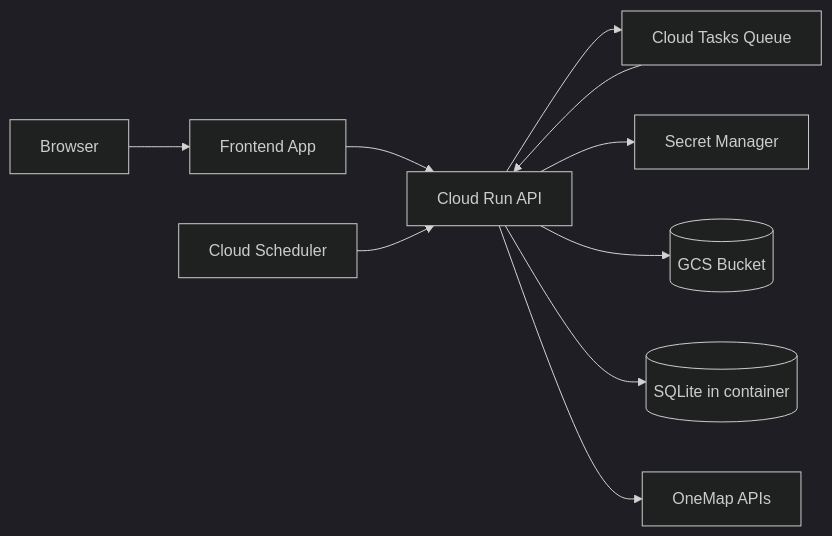
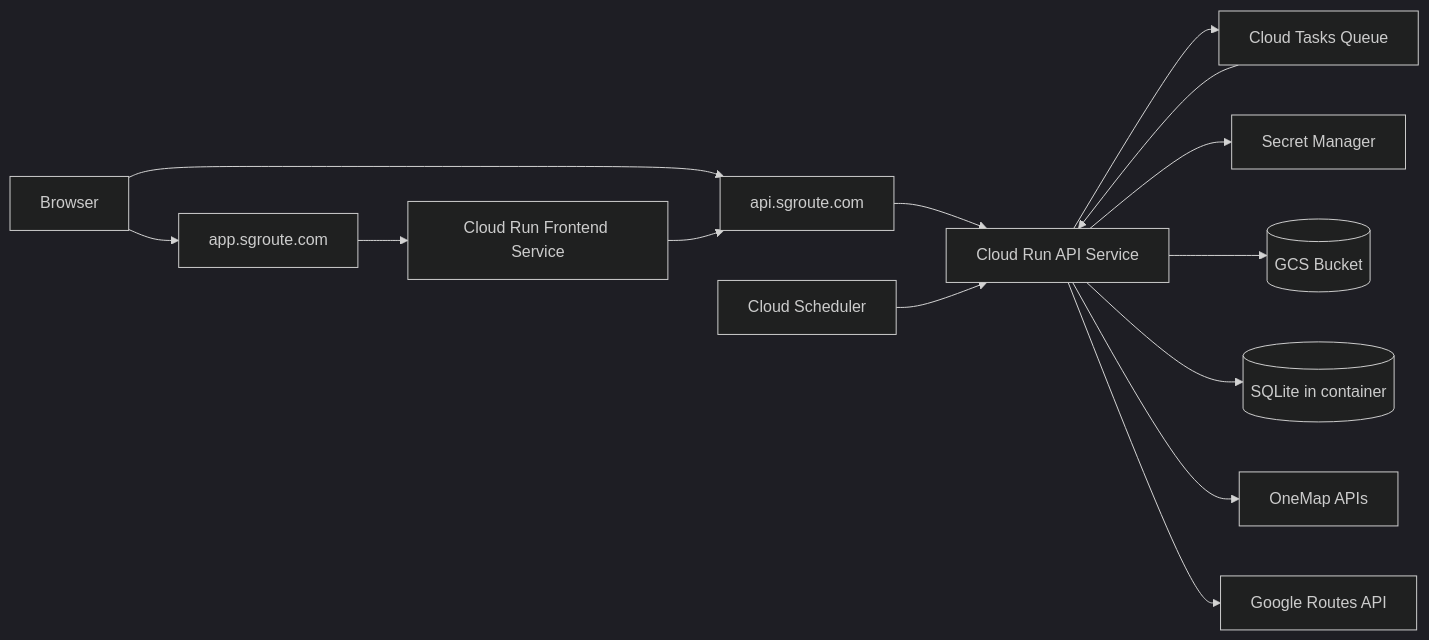
Before and after one commit to jasonjlcl/SG-Route-OPT: the fourth of 4 diagrams in ARCHITECTURE.md, drawn with Mermaid (dark theme). The commit also changed other lines of this file and 1 other file, not shown here.

Commit message:
docs: refresh README and architecture for current production state

````diff
--- a/ARCHITECTURE.md
+++ b/ARCHITECTURE.md
@@ -178,22 +198,29 @@
 ```mermaid
 flowchart LR
     Browser[Browser]
-    Frontend[Frontend App]
-    CloudRun[Cloud Run API]
+    WebDomain[app.sgroute.com]
+    ApiDomain[api.sgroute.com]
+    Frontend[Cloud Run Frontend Service]
+    CloudRun[Cloud Run API Service]
     Tasks[Cloud Tasks Queue]
     Scheduler[Cloud Scheduler]
     SecretMgr[Secret Manager]
     GCS[(GCS Bucket)]
     SQLite[(SQLite in container)]
     OneMap[OneMap APIs]
+    GoogleRoutes[Google Routes API]
 
-    Browser --> Frontend
-    Frontend --> CloudRun
+    Browser --> WebDomain
+    Browser --> ApiDomain
+    WebDomain --> Frontend
+    Frontend --> ApiDomain
+    ApiDomain --> CloudRun
     CloudRun --> Tasks
     Tasks --> CloudRun
     Scheduler --> CloudRun
     CloudRun --> SecretMgr
     CloudRun --> GCS
     CloudRun --> SQLite
     CloudRun --> OneMap
+    CloudRun --> GoogleRoutes
 ```
````
